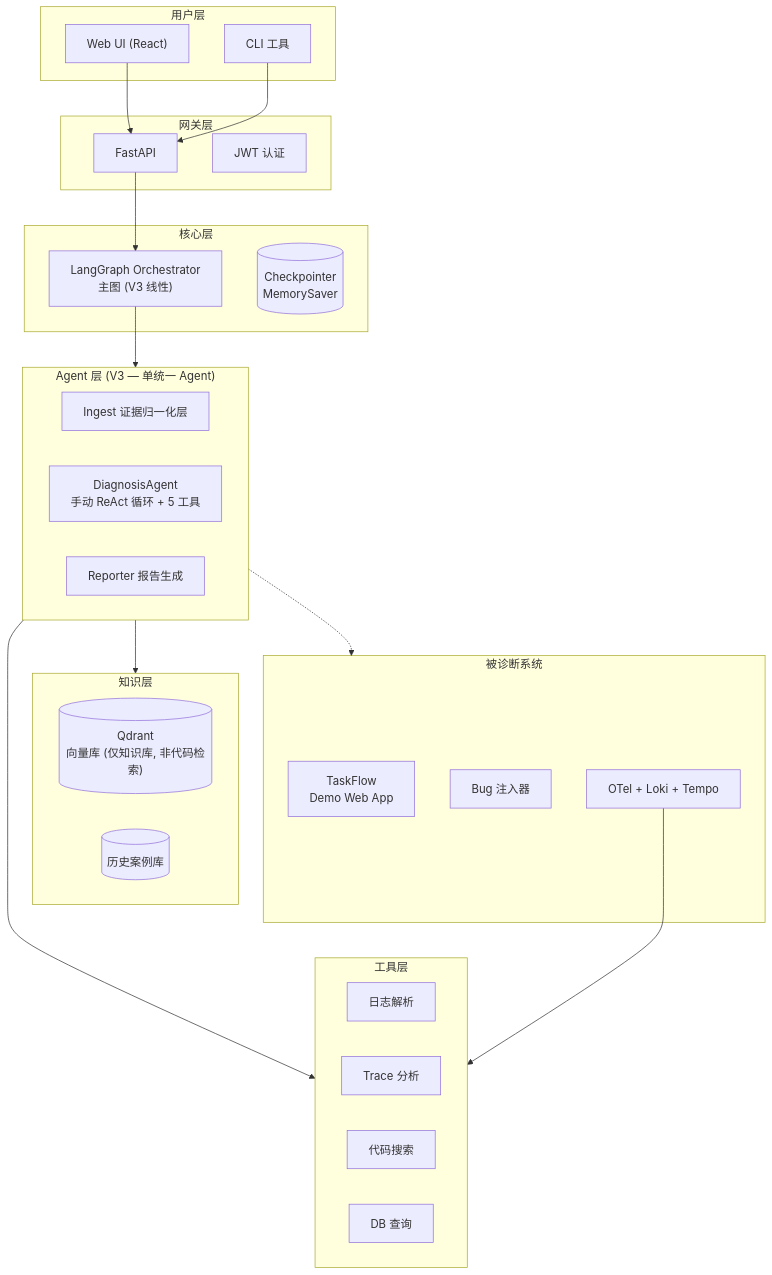
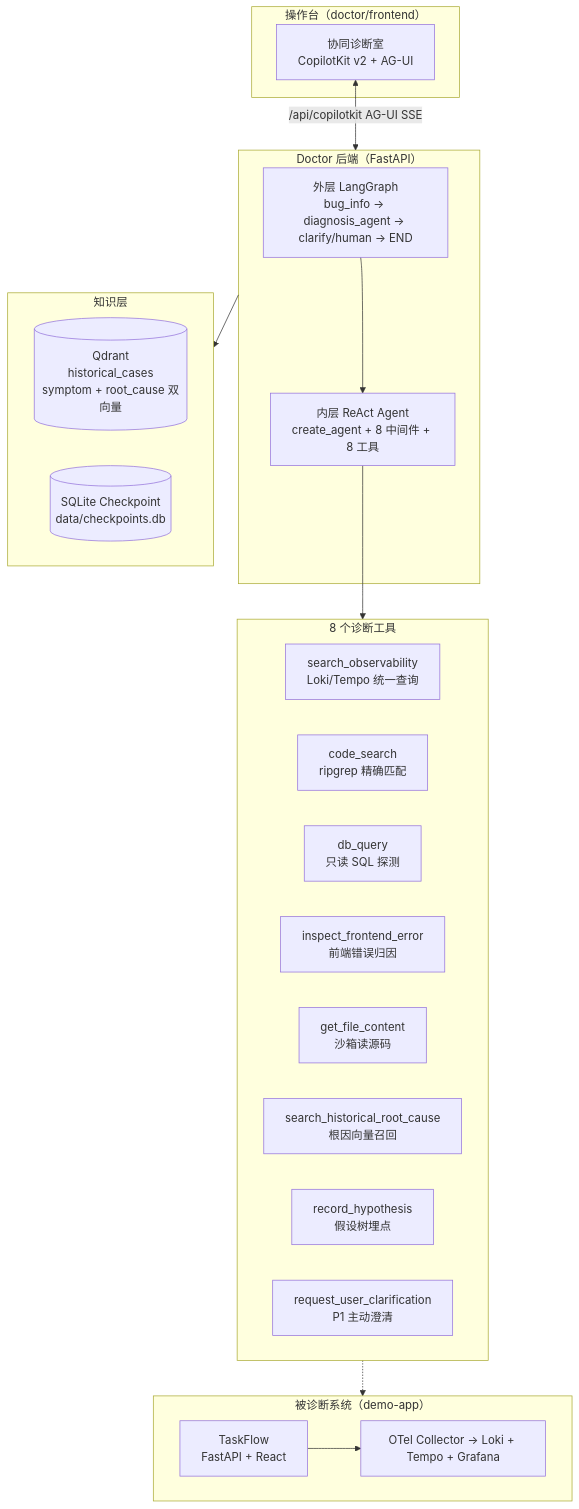
Before and after one commit to lmonster1997/DiagDoctor: the diagram in README.md, drawn with Mermaid. The commit also changed other lines of this file, not shown here.

````diff
--- a/README.md
+++ b/README.md
@@ -45,50 +45,39 @@
 ```mermaid
 flowchart TB
-    subgraph User["用户层"]
-        WebUI["Web UI (React)"]
-        CLI["CLI 工具"]
+    subgraph Operator["操作台（doctor/frontend）"]
+        Console["协同诊断室<br/>CopilotKit v2 + AG-UI"]
     end
 
-    subgraph Gateway["网关层"]
-        FastAPI["FastAPI"]
-        Auth["JWT 认证"]
-    end
-
-    subgraph Core["核心层"]
-        Orchestrator["LangGraph Orchestrator<br/>主图 (V3 线性)"]
-        StateStore[("Checkpointer<br/>MemorySaver")]
-    end
-
-    subgraph Agents["Agent 层 (V3 — 单统一 Agent)"]
-        Ingest["Ingest 证据归一化层"]
-        DiagnosisAgent["DiagnosisAgent<br/>手动 ReAct 循环 + 5 工具"]
-        Reporter["Reporter 报告生成"]
+    subgraph Doctor["Doctor 后端（FastAPI）"]
+        OuterGraph["外层 LangGraph<br/>bug_info → diagnosis_agent → clarify/human → END"]
+        Inner["内层 ReAct Agent<br/>create_agent + 8 中间件 + 8 工具"]
+        OuterGraph --> Inner
     end
 
     subgraph Knowledge["知识层"]
-        VectorDB[("Qdrant<br/>向量库 (仅知识库, 非代码检索)")]
-        CaseDB[("历史案例库")]
+        Qdrant[("Qdrant<br/>historical_cases<br/>symptom + root_cause 双向量")]
+        Checkpoint[("SQLite Checkpoint<br/>data/checkpoints.db")]
     end
 
-    subgraph Tools["工具层"]
-        LogTools["日志解析"]
-        TraceTools["Trace 分析"]
-        CodeTools["代码搜索"]
-        DBTools["DB 查询"]
+    subgraph Tools["8 个诊断工具"]
+        Obs["search_observability<br/>Loki/Tempo 统一查询"]
+        Code["code_search<br/>ripgrep 精确匹配"]
+        DB["db_query<br/>只读 SQL 探测"]
+        FE["inspect_frontend_error<br/>前端错误归因"]
+        File["get_file_content<br/>沙箱读源码"]
+        Rag["search_historical_root_cause<br/>根因向量召回"]
+        Hyp["record_hypothesis<br/>假设树埋点"]
+        Clar["request_user_clarification<br/>P1 主动澄清"]
     end
 
-    subgraph Target["被诊断系统"]
-        DemoApp["TaskFlow<br/>Demo Web App"]
-        BugInjector["Bug 注入器"]
-        ObsStack["OTel + Loki + Tempo"]
+    subgraph Target["被诊断系统（demo-app）"]
+        TaskFlow["TaskFlow<br/>FastAPI + React"]
+        ObsStack["OTel Collector → Loki + Tempo + Grafana"]
+        TaskFlow --> ObsStack
     end
 
-    WebUI --> FastAPI
-    CLI --> FastAPI
-    FastAPI --> Orchestrator
-    Orchestrator --> Agents
-    Agents --> Knowledge
-    Agents --> Tools
-    Agents -.-> Target
-    ObsStack --> Tools
+    Console <-->|"/api/copilotkit AG-UI SSE"| Doctor
+    Doctor --> Knowledge
+    Inner --> Tools
+    Tools -.-> Target
 ```
````
